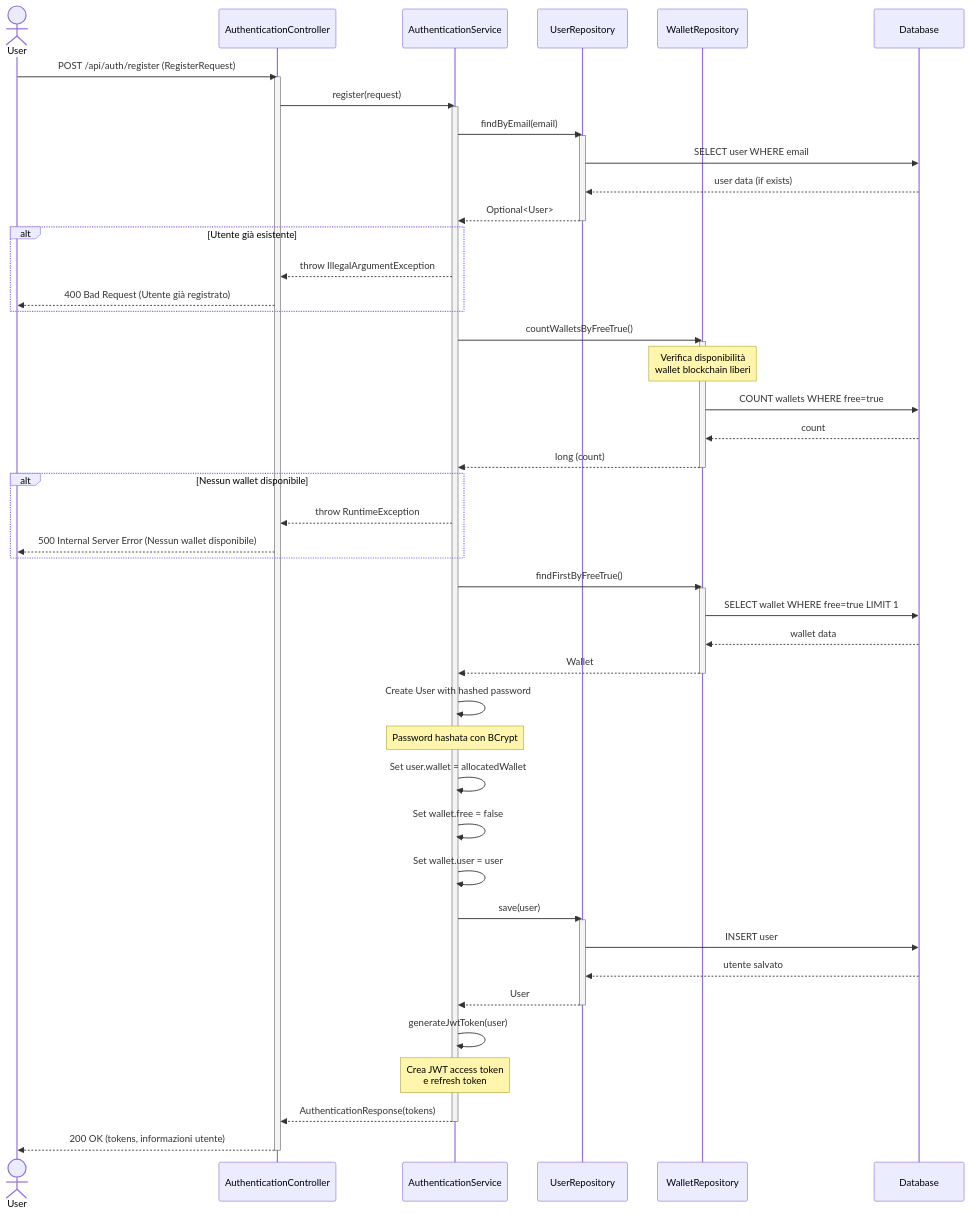
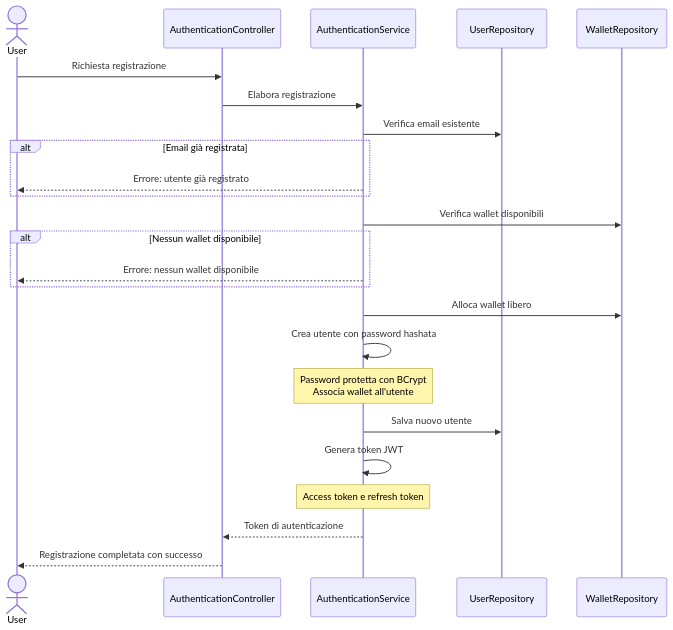
Before and after one commit to s-lusito/TicketBlock-Ing_Sw: the diagram in docs/sequence-user-registration.md, drawn with Mermaid. The commit also changed 14 other files, not shown here.

Commit message:
Simplify sequence diagrams and add PlantUML versions

````diff
--- a/docs/sequence-user-registration.md
+++ b/docs/sequence-user-registration.md
@@ -5,69 +5,36 @@
 ```mermaid
 sequenceDiagram
     actor User
-    participant Controller as AuthenticationController
-    participant Service as AuthenticationService
-    participant UserRepo as UserRepository
-    participant WalletRepo as WalletRepository
-    participant DB as Database
+    participant AuthenticationController
+    participant AuthenticationService
+    participant UserRepository
+    participant WalletRepository
 
-    User->>Controller: POST /api/auth/register (RegisterRequest)
-    activate Controller
+    User->>AuthenticationController: Richiesta registrazione
+    AuthenticationController->>AuthenticationService: Elabora registrazione
     
-    Controller->>Service: register(request)
-    activate Service
+    AuthenticationService->>UserRepository: Verifica email esistente
     
-    Service->>UserRepo: findByEmail(email)
-    activate UserRepo
-    UserRepo->>DB: SELECT user WHERE email
-    DB-->>UserRepo: user data (if exists)
-    UserRepo-->>Service: Optional<User>
-    deactivate UserRepo
-    
-    alt Utente già esistente
-        Service-->>Controller: throw IllegalArgumentException
-        Controller-->>User: 400 Bad Request (Utente già registrato)
+    alt Email già registrata
+        AuthenticationService-->>User: Errore: utente già registrato
     end
     
-    Service->>WalletRepo: countWalletsByFreeTrue()
-    activate WalletRepo
-    Note over WalletRepo: Verifica disponibilità<br/>wallet blockchain liberi
-    WalletRepo->>DB: COUNT wallets WHERE free=true
-    DB-->>WalletRepo: count
-    WalletRepo-->>Service: long (count)
-    deactivate WalletRepo
+    AuthenticationService->>WalletRepository: Verifica wallet disponibili
     
     alt Nessun wallet disponibile
-        Service-->>Controller: throw RuntimeException
-        Controller-->>User: 500 Internal Server Error (Nessun wallet disponibile)
+        AuthenticationService-->>User: Errore: nessun wallet disponibile
     end
     
-    Service->>WalletRepo: findFirstByFreeTrue()
-    activate WalletRepo
-    WalletRepo->>DB: SELECT wallet WHERE free=true LIMIT 1
-    DB-->>WalletRepo: wallet data
-    WalletRepo-->>Service: Wallet
-    deactivate WalletRepo
+    AuthenticationService->>WalletRepository: Alloca wallet libero
     
-    Service->>Service: Create User with hashed password
-    Note over Service: Password hashata con BCrypt
-    Service->>Service: Set user.wallet = allocatedWallet
-    Service->>Service: Set wallet.free = false
-    Service->>Service: Set wallet.user = user
+    AuthenticationService->>AuthenticationService: Crea utente con password hashata
+    Note over AuthenticationService: Password protetta con BCrypt<br/>Associa wallet all'utente
     
-    Service->>UserRepo: save(user)
-    activate UserRepo
-    UserRepo->>DB: INSERT user
-    DB-->>UserRepo: utente salvato
-    UserRepo-->>Service: User
-    deactivate UserRepo
+    AuthenticationService->>UserRepository: Salva nuovo utente
     
-    Service->>Service: generateJwtToken(user)
-    Note over Service: Crea JWT access token<br/>e refresh token
+    AuthenticationService->>AuthenticationService: Genera token JWT
+    Note over AuthenticationService: Access token e refresh token
     
-    Service-->>Controller: AuthenticationResponse(tokens)
-    deactivate Service
-    
-    Controller-->>User: 200 OK (tokens, informazioni utente)
-    deactivate Controller
+    AuthenticationService-->>AuthenticationController: Token di autenticazione
+    AuthenticationController-->>User: Registrazione completata con successo
 ```
````
